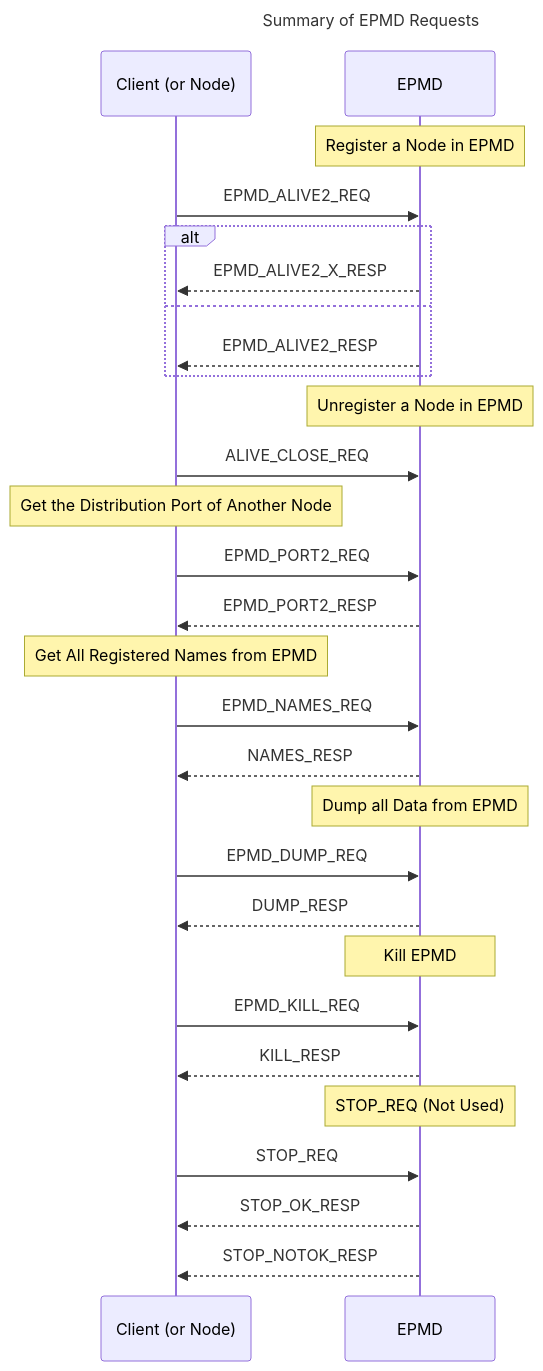
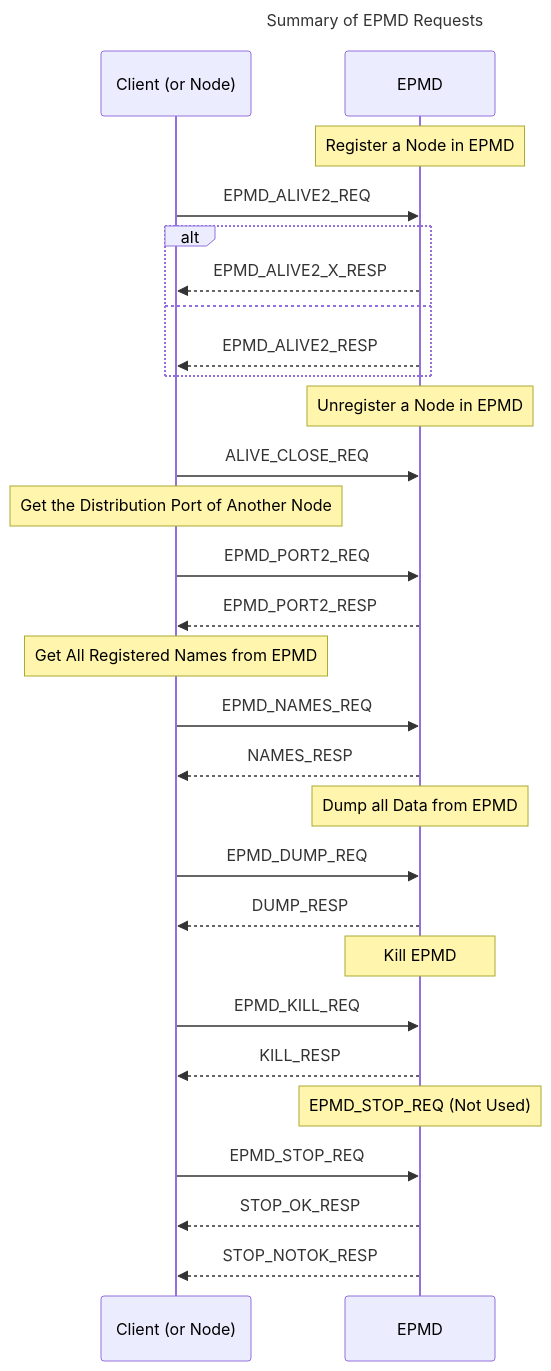
The first of 8 diagrams in erts/doc/guides/erl_dist_protocol.md (erlang/otp), drawn with Mermaid before and after one commit. The commit also changed other lines of this file and 1 other file, not shown here.

Commit message:
epmd: rename STOP_REQ to EPMD_STOP_REQ for consistency

````diff
--- a/erts/doc/guides/erl_dist_protocol.md
+++ b/erts/doc/guides/erl_dist_protocol.md
@@ -72,41 +72,41 @@
 ```mermaid
 ---
 title: Summary of EPMD Requests
 ---
 
 sequenceDiagram
     participant client as Client (or Node)
     participant EPMD
 
     Note over EPMD: Register a Node in EPMD
     client ->> EPMD: EPMD_ALIVE2_REQ
     alt
         EPMD -->> client: EPMD_ALIVE2_X_RESP
     else
         EPMD -->> client: EPMD_ALIVE2_RESP
     end
 
     Note over EPMD: Unregister a Node in EPMD
     client ->> EPMD: ALIVE_CLOSE_REQ
 
     Note over client: Get the Distribution Port of Another Node
     client ->> EPMD: EPMD_PORT2_REQ
     EPMD -->> client: EPMD_PORT2_RESP
 
     Note over client: Get All Registered Names from EPMD
     client ->> EPMD: EPMD_NAMES_REQ
     EPMD -->> client: NAMES_RESP
 
     Note over EPMD: Dump all Data from EPMD
     client ->> EPMD: EPMD_DUMP_REQ
     EPMD -->> client: DUMP_RESP
 
     Note over EPMD: Kill EPMD
     client ->> EPMD: EPMD_KILL_REQ
     EPMD -->> client: KILL_RESP
 
-    Note over EPMD: STOP_REQ (Not Used)
-    client ->> EPMD: STOP_REQ
+    Note over EPMD: EPMD_STOP_REQ (Not Used)
+    client ->> EPMD: EPMD_STOP_REQ
     EPMD -->> client: STOP_OK_RESP
     EPMD -->> client: STOP_NOTOK_RESP
 ```
````
